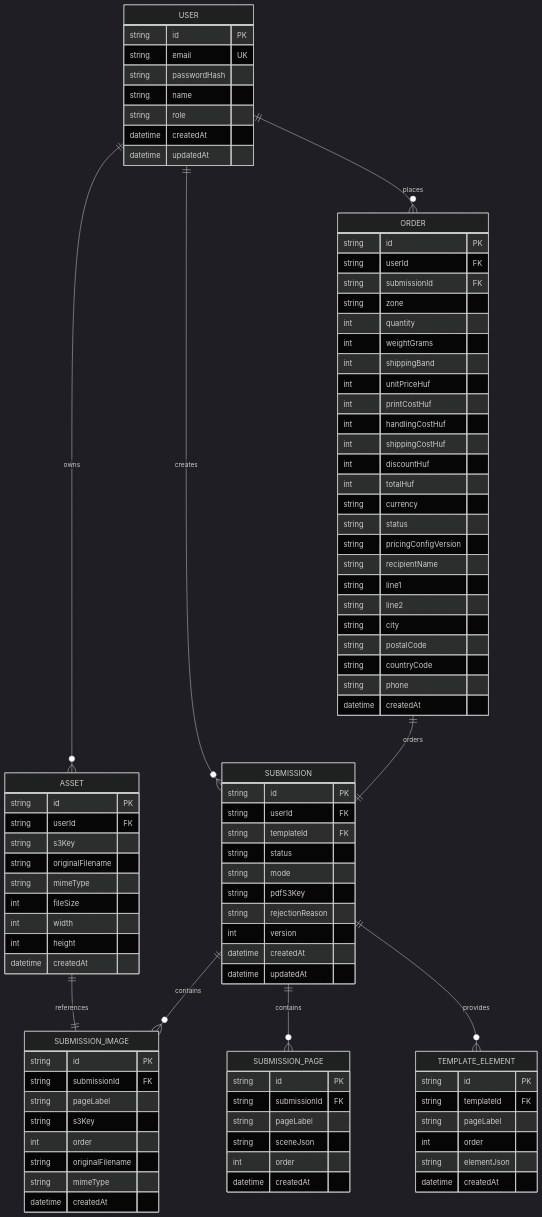
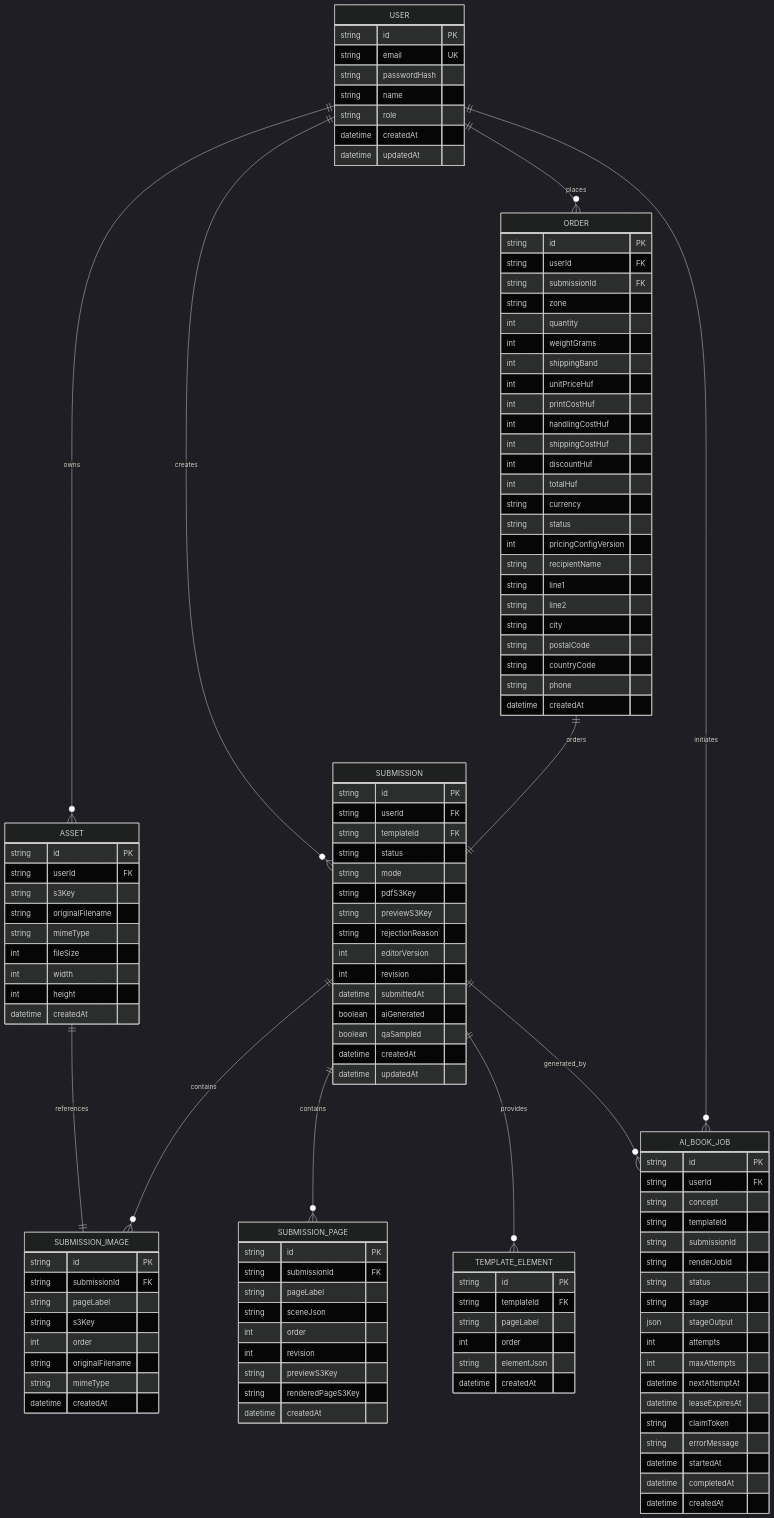
The fifth of 6 diagrams in .qoder/repowiki/en/content/API Reference/API Reference.md (Crowdspender/titchybooks-app), drawn with Mermaid (dark theme) before and after one commit. The commit also changed other lines of this file and 4 other files, not shown here.

First line of the commit message:
docs(repowiki): add AI Book Generation System page and refresh API/admin/database docs

````diff
--- a/.qoder/repowiki/en/content/API Reference/API Reference.md
+++ b/.qoder/repowiki/en/content/API Reference/API Reference.md
@@ -690,8 +834,13 @@
 string status
 string mode
 string pdfS3Key
+string previewS3Key
 string rejectionReason
-int version
+int editorVersion
+int revision
+datetime submittedAt
+boolean aiGenerated
+boolean qaSampled
 datetime createdAt
 datetime updatedAt
 }
@@ -711,7 +860,7 @@
 int totalHuf
 string currency
 string status
-string pricingConfigVersion
+int pricingConfigVersion
 string recipientName
 string line1
 string line2
@@ -735,6 +884,9 @@
 string pageLabel
 string sceneJson
 int order
+int revision
+string previewS3Key
+string renderedPageS3Key
 datetime createdAt
 }
 SUBMISSION_IMAGE {
@@ -747,12 +899,34 @@
 string mimeType
 datetime createdAt
 }
+AI_BOOK_JOB {
+string id PK
+string userId FK
+string concept
+string templateId
+string submissionId
+string renderJobId
+string status
+string stage
+json stageOutput
+int attempts
+int maxAttempts
+datetime nextAttemptAt
+datetime leaseExpiresAt
+string claimToken
+string errorMessage
+datetime startedAt
+datetime completedAt
+datetime createdAt
+}
 USER ||--o{ ASSET : "owns"
 USER ||--o{ SUBMISSION : "creates"
 USER ||--o{ ORDER : "places"
+USER ||--o{ AI_BOOK_JOB : "initiates"
 SUBMISSION ||--o{ SUBMISSION_IMAGE : "contains"
 SUBMISSION ||--o{ SUBMISSION_PAGE : "contains"
 SUBMISSION ||--o{ TEMPLATE_ELEMENT : "provides"
+SUBMISSION ||--o{ AI_BOOK_JOB : "generated_by"
 ASSET ||--|| SUBMISSION_IMAGE : "references"
 ORDER ||--|| SUBMISSION : "orders"
 ```
````
